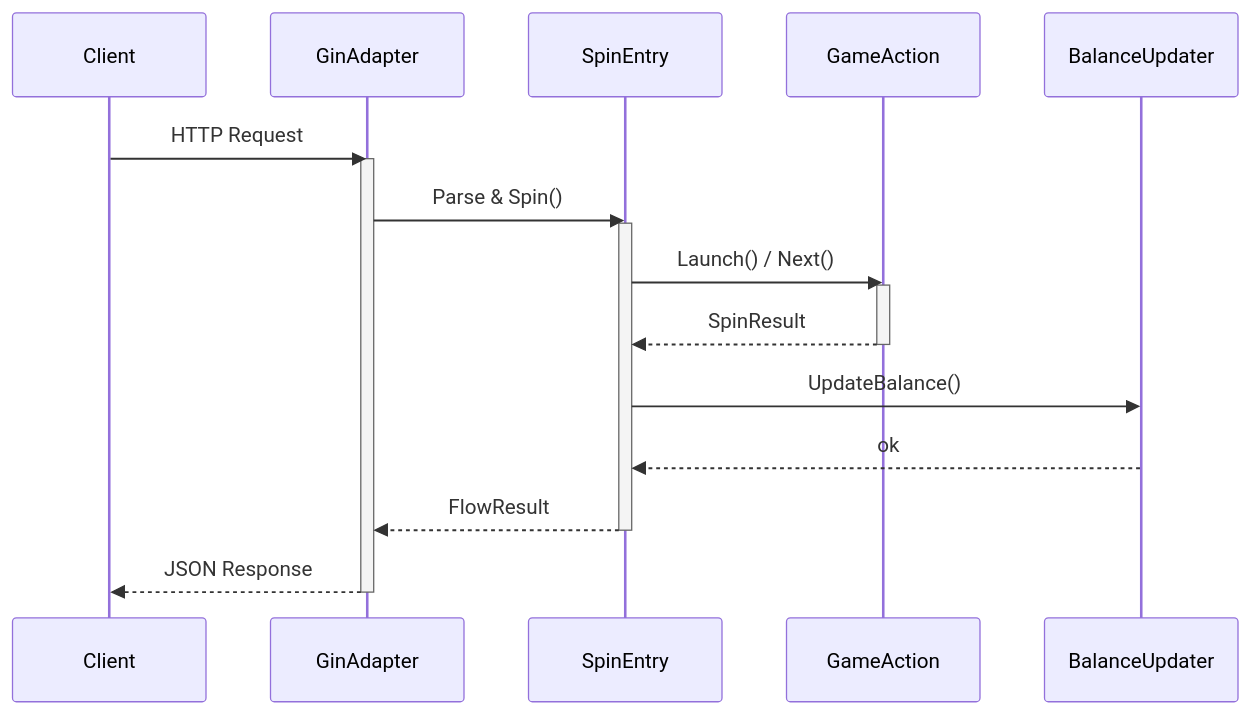
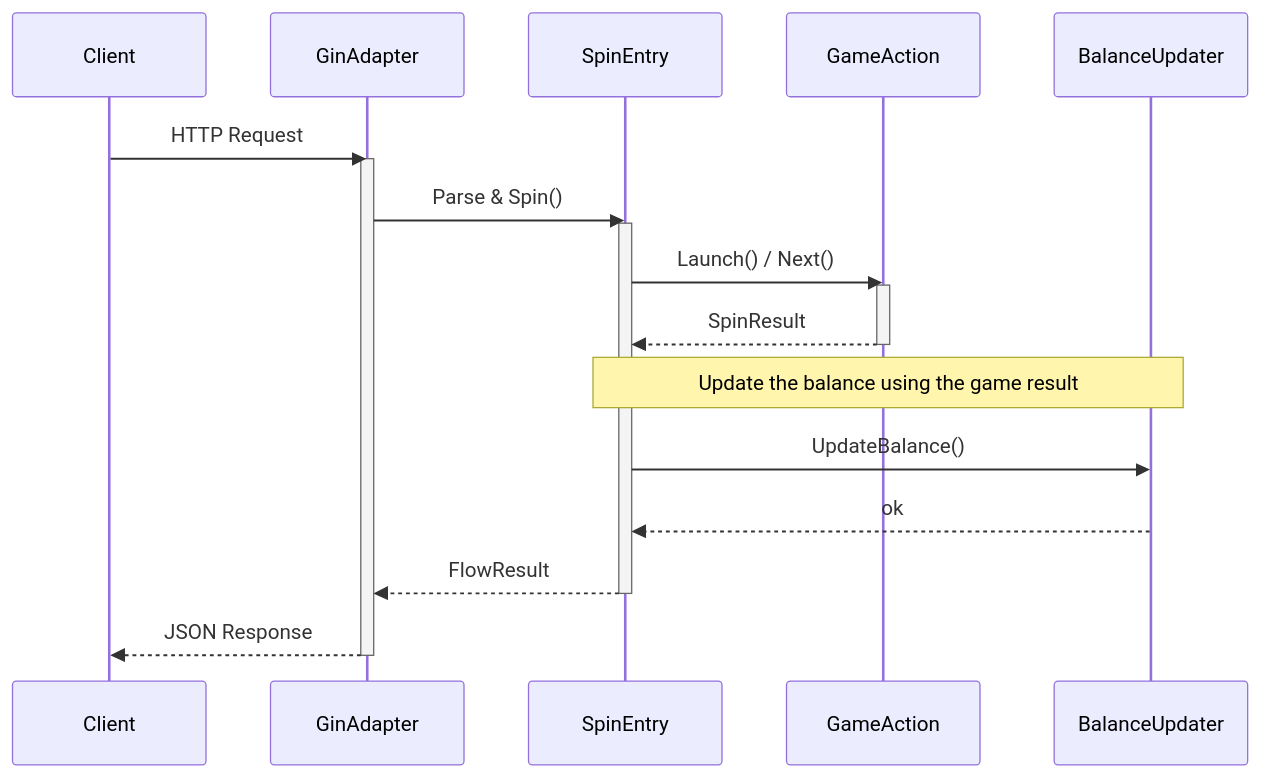
The fifth of 8 diagrams in skills/write-md/references/mermaid-guide.md (Aery9527/misty-marketplace), drawn with Mermaid before and after one commit. The commit also changed other lines of this file and 11 other files, not shown here.

First line of the commit message:
docs(write-md): 精簡共通規則並修正 Mermaid 範例一致性

````diff
--- a/skills/write-md/references/mermaid-guide.md
+++ b/skills/write-md/references/mermaid-guide.md
@@ -122,23 +125,24 @@
 ```mermaid
 sequenceDiagram
     participant Client
     participant GinAdapter
     participant SpinEntry
     participant GameAction
     participant BalanceUpdater
 
     Client->>GinAdapter: HTTP Request
     activate GinAdapter
     GinAdapter->>SpinEntry: Parse & Spin()
     activate SpinEntry
     SpinEntry->>GameAction: Launch() / Next()
     activate GameAction
     GameAction-->>SpinEntry: SpinResult
     deactivate GameAction
+    Note over SpinEntry,BalanceUpdater: Update the balance using the game result
     SpinEntry->>BalanceUpdater: UpdateBalance()
     BalanceUpdater-->>SpinEntry: ok
     SpinEntry-->>GinAdapter: FlowResult
     deactivate SpinEntry
     GinAdapter-->>Client: JSON Response
     deactivate GinAdapter
 ```
````
